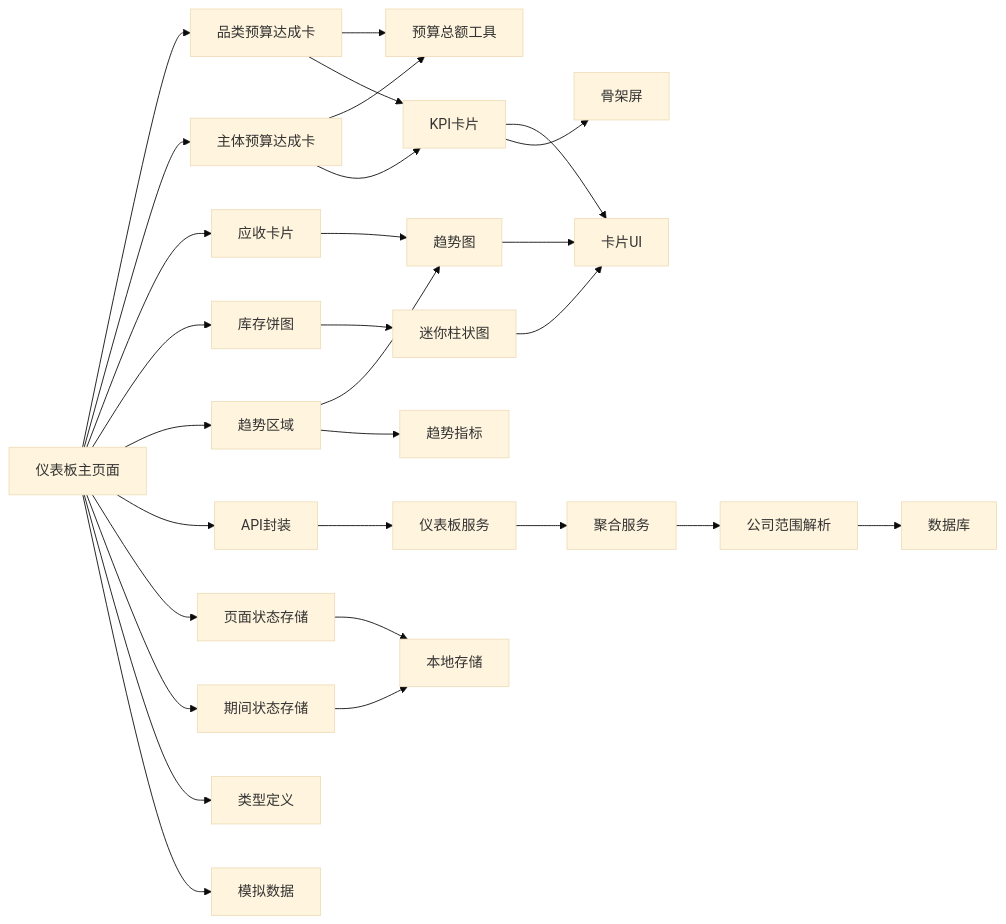
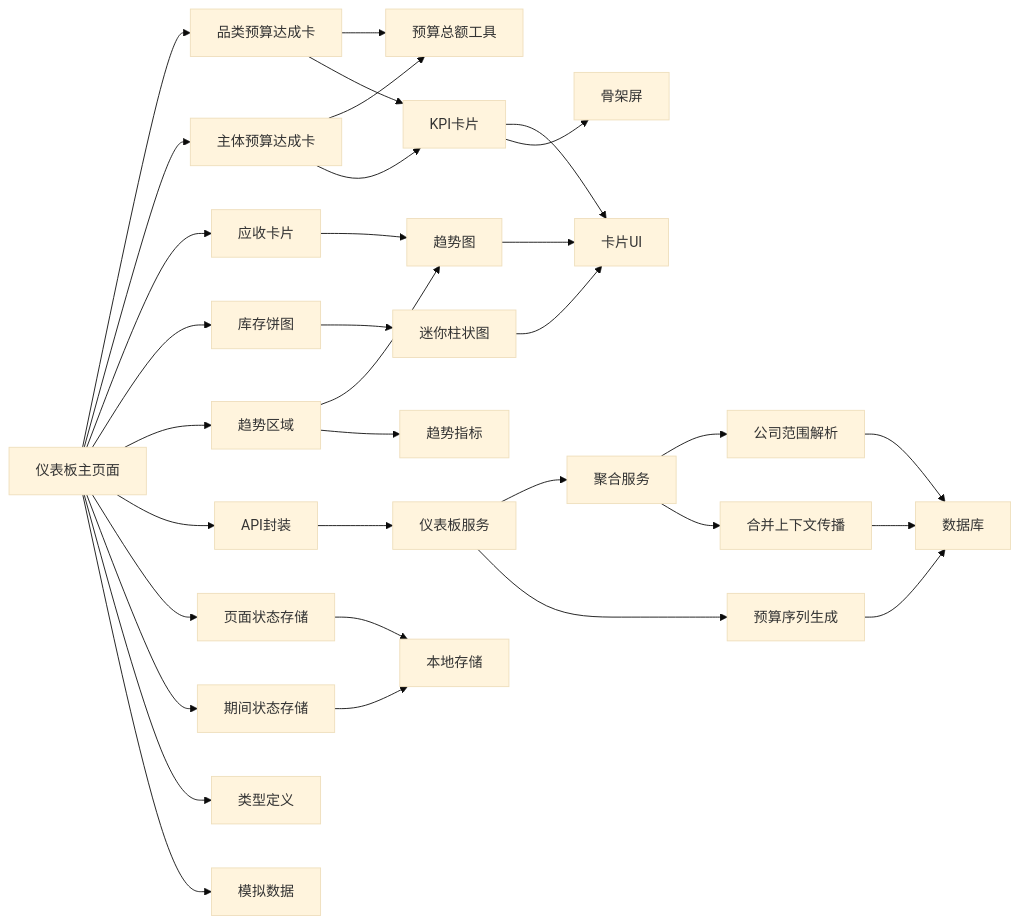
One commit to Damao997/newproject changed the fourth of 4 diagrams in .qoder/repowiki/zh/content/页面组件/仪表板页面.md. Above: the diagram before and after it, drawn with Mermaid (base theme). The commit also changed other lines of this file and 27 other files, not shown here.

````diff
--- a/.qoder/repowiki/zh/content/页面组件/仪表板页面.md
+++ b/.qoder/repowiki/zh/content/页面组件/仪表板页面.md
@@ -439,31 +469,35 @@
 ```mermaid
 graph LR
 Dashboard["仪表板主页面"] --> ProductBudgetCard["品类预算达成卡"]
 Dashboard --> SubjectBudgetCard["主体预算达成卡"]
 Dashboard --> ReceivablesCard["应收卡片"]
 Dashboard --> InventoryPieCard["库存饼图"]
 Dashboard --> TrendSection["趋势区域"]
 Dashboard --> Api["API封装"]
 Dashboard --> PageStateStore["页面状态存储"]
 Dashboard --> PeriodStore["期间状态存储"]
 Api --> DashboardService["仪表板服务"]
 DashboardService --> AggregationService["聚合服务"]
 AggregationService --> ResolveCompany["公司范围解析"]
+AggregationService --> ConsolidationContext["合并上下文传播"]
+DashboardService --> BudgetSeries["预算序列生成"]
 ProductBudgetCard --> BudgetTotal["预算总额工具"]
 SubjectBudgetCard --> BudgetTotal
 ProductBudgetCard --> KpiCard["KPI卡片"]
 SubjectBudgetCard --> KpiCard
 ReceivablesCard --> TrendChart["趋势图"]
 InventoryPieCard --> MiniBarChart["迷你柱状图"]
 TrendSection --> TrendChart
 TrendSection --> TrendMetrics["趋势指标"]
 KpiCard --> UiCard["卡片UI"]
 KpiCard --> Skeleton["骨架屏"]
 TrendChart --> UiCard
 MiniBarChart --> UiCard
 Dashboard --> Types["类型定义"]
 Dashboard --> Mock["模拟数据"]
 ResolveCompany --> Database["数据库"]
+ConsolidationContext --> Database
+BudgetSeries --> Database
 PageStateStore --> LocalStorage["本地存储"]
 PeriodStore --> LocalStorage
 ```
````
